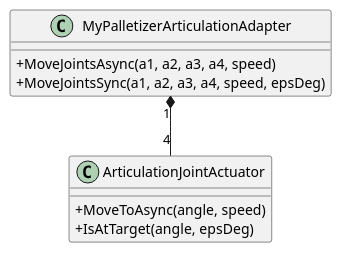
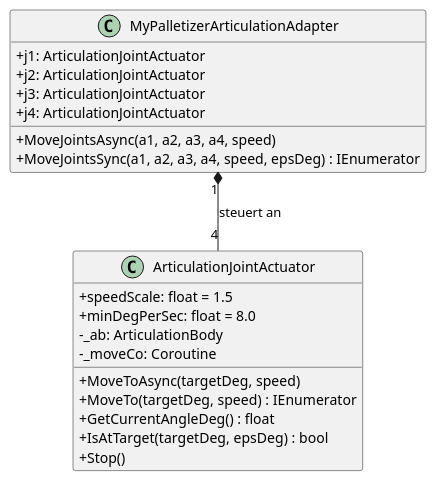
One commit to Stonehouse1703/DigitalTwin-for-MyPalletizer-260-M5-UnityVersion changed the sixth of 6 diagrams in docs/asciidoc/chapters/05_building_block_view.adoc. Above: the diagram before and after it, drawn with PlantUML. The commit also changed other lines of this file and 12 other files, not shown here.

```diff
--- a/docs/asciidoc/chapters/05_building_block_view.adoc
+++ b/docs/asciidoc/chapters/05_building_block_view.adoc
@@ -408,19 +364,32 @@
-[plantuml, target="diagram-joints-l3", format="png"]
+[plantuml, target="diagram-actuators-l3", format="png"]
 ----
 @startuml
 skinparam classAttributeIconSize 0
 
 class MyPalletizerArticulationAdapter {
+    + j1: ArticulationJointActuator
+    + j2: ArticulationJointActuator
+    + j3: ArticulationJointActuator
+    + j4: ArticulationJointActuator
+    __
     + MoveJointsAsync(a1, a2, a3, a4, speed)
-    + MoveJointsSync(a1, a2, a3, a4, speed, epsDeg)
+    + MoveJointsSync(a1, a2, a3, a4, speed, epsDeg) : IEnumerator
 }
 
 class ArticulationJointActuator {
-    + MoveToAsync(angle, speed)
-    + IsAtTarget(angle, epsDeg)
+    + speedScale: float = 1.5
+    + minDegPerSec: float = 8.0
+    - _ab: ArticulationBody
+    - _moveCo: Coroutine
+    __
+    + MoveToAsync(targetDeg, speed)
+    + MoveTo(targetDeg, speed) : IEnumerator
+    + GetCurrentAngleDeg() : float
+    + IsAtTarget(targetDeg, epsDeg) : bool
+    + Stop()
 }
 
-MyPalletizerArticulationAdapter "1" *-- "4" ArticulationJointActuator
+MyPalletizerArticulationAdapter "1" *-- "4" ArticulationJointActuator : steuert an
 
 @enduml
 ----
```
